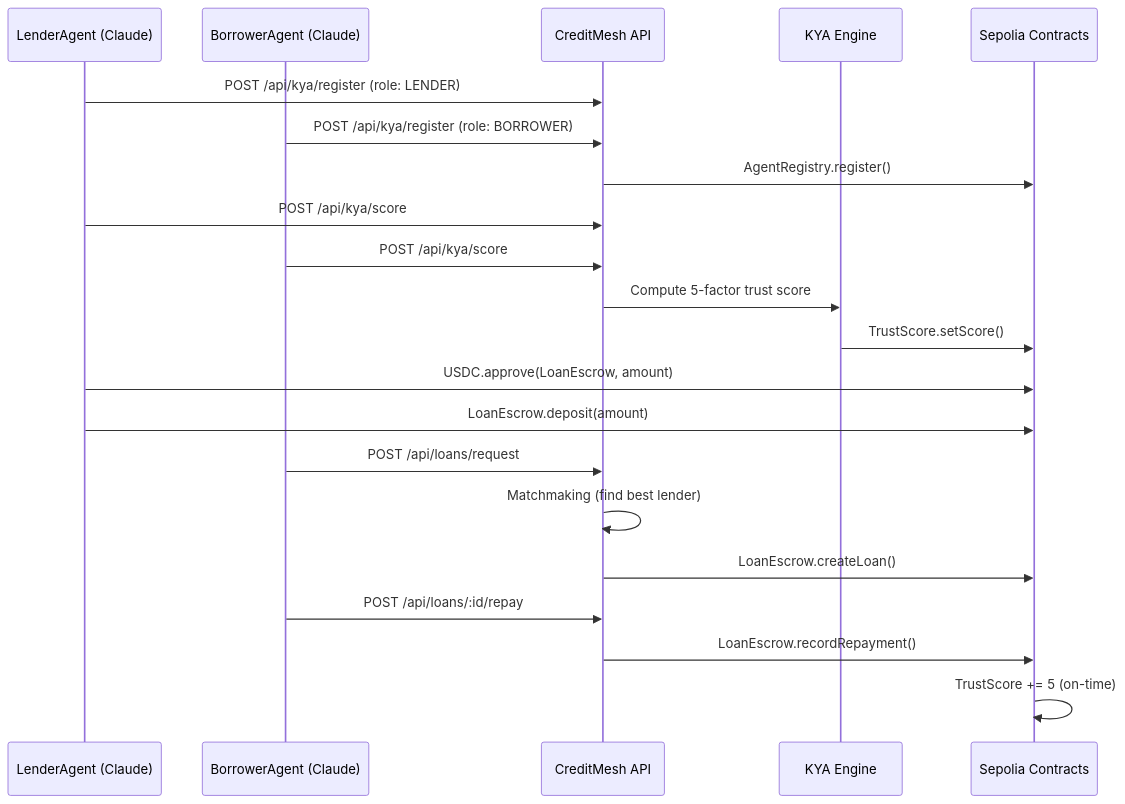
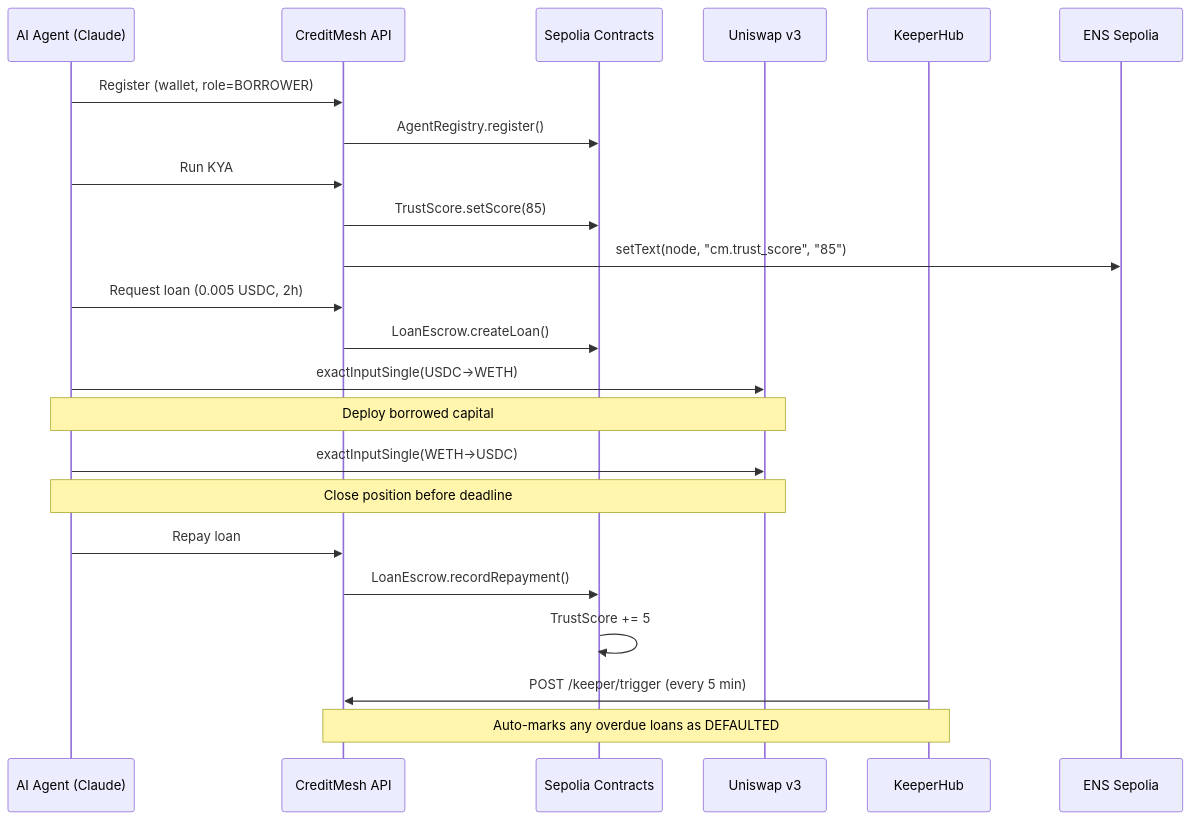
One commit to jonumhills/creditmesh changed the diagram in README.md. Above: the diagram before and after it, drawn with Mermaid. The commit also changed other lines of this file, not shown here.

Commit message:
docs: rework README with purpose-first explanations for Uniswap, KeeperHub, ENS

````diff
--- a/README.md
+++ b/README.md
@@ -129,28 +141,32 @@
 ```mermaid
 sequenceDiagram
-    participant LA as LenderAgent (Claude)
-    participant BA as BorrowerAgent (Claude)
+    participant A as AI Agent (Claude)
     participant API as CreditMesh API
-    participant KYA as KYA Engine
     participant SC as Sepolia Contracts
+    participant UNI as Uniswap v3
+    participant KH as KeeperHub
+    participant ENS as ENS Sepolia
 
-    LA->>API: POST /api/kya/register (role: LENDER)
-    BA->>API: POST /api/kya/register (role: BORROWER)
+    A->>API: Register (wallet, role=BORROWER)
     API->>SC: AgentRegistry.register()
 
-    LA->>API: POST /api/kya/score
-    BA->>API: POST /api/kya/score
-    API->>KYA: Compute 5-factor trust score
-    KYA->>SC: TrustScore.setScore()
+    A->>API: Run KYA
+    API->>SC: TrustScore.setScore(85)
+    API->>ENS: setText(node, "cm.trust_score", "85")
 
-    LA->>SC: USDC.approve(LoanEscrow, amount)
-    LA->>SC: LoanEscrow.deposit(amount)
-
-    BA->>API: POST /api/loans/request
-    API->>API: Matchmaking (find best lender)
+    A->>API: Request loan (0.005 USDC, 2h)
     API->>SC: LoanEscrow.createLoan()
 
-    BA->>API: POST /api/loans/:id/repay
+    A->>UNI: exactInputSingle(USDC→WETH)
+    Note over A,UNI: Deploy borrowed capital
+
+    A->>UNI: exactInputSingle(WETH→USDC)
+    Note over A,UNI: Close position before deadline
+
+    A->>API: Repay loan
     API->>SC: LoanEscrow.recordRepayment()
-    SC->>SC: TrustScore += 5 (on-time)
+    SC->>SC: TrustScore += 5
+
+    KH->>API: POST /keeper/trigger (every 5 min)
+    Note over KH,API: Auto-marks any overdue loans as DEFAULTED
 ```
````
